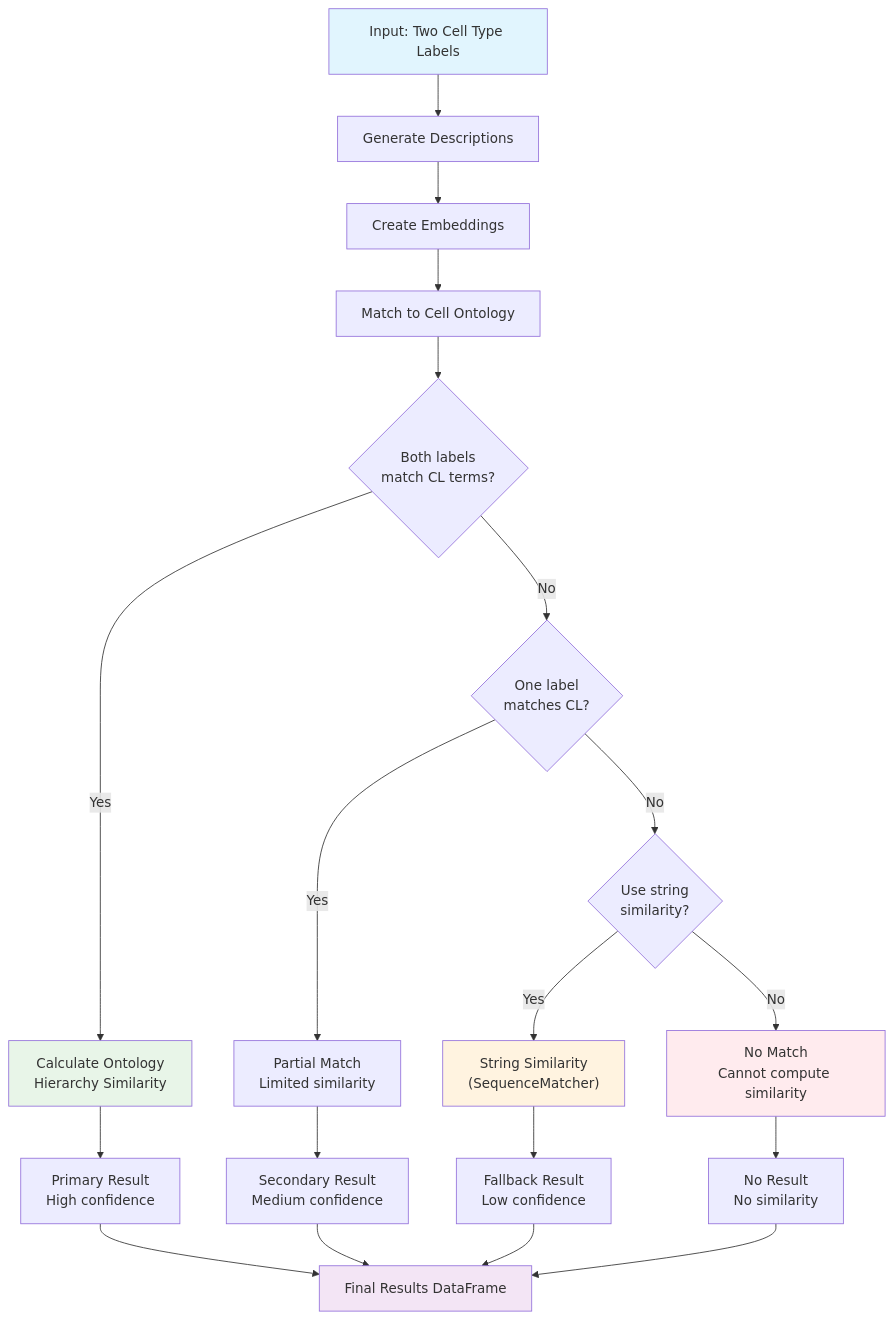
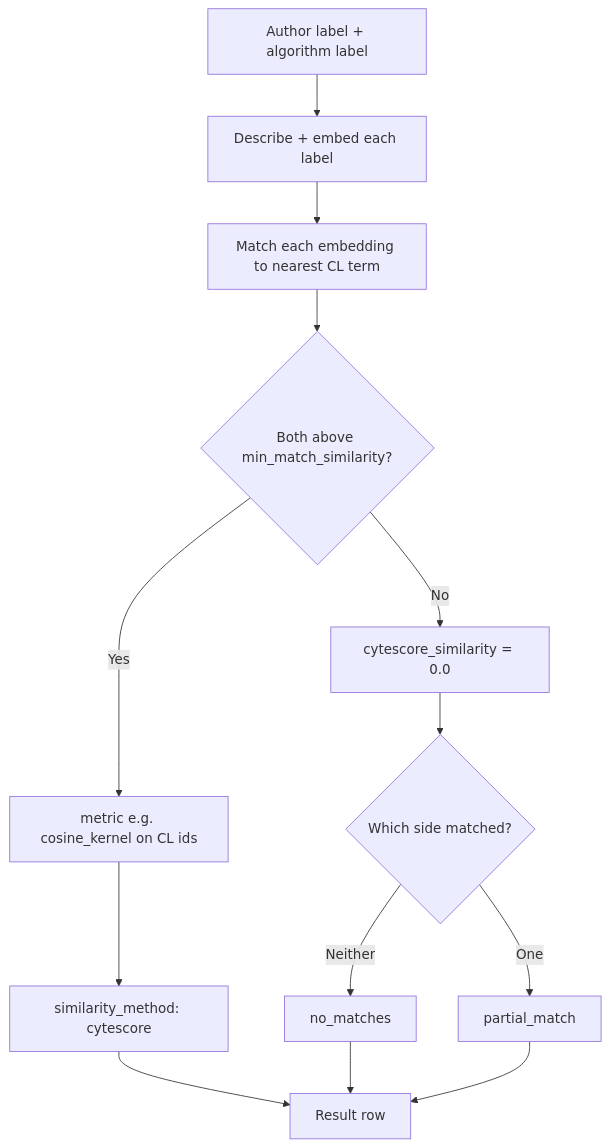
One commit to NygenAnalytics/CyteOnto changed the second of 2 diagrams in docs/WORKFLOW.md. Above: the diagram before and after it, drawn with Mermaid. The commit also changed other lines of this file and 47 other files, not shown here.

First line of the commit message:
Schema V3 (#30)

````diff
--- a/docs/WORKFLOW.md
+++ b/docs/WORKFLOW.md
@@ -96,32 +102,18 @@
 ```mermaid
 flowchart TD
-    A["Input: Two Cell Type Labels"] --> B["Generate Descriptions"]
-    B --> C["Create Embeddings"]  
-    C --> D["Match to Cell Ontology"]
-    
-    D --> E{"Both labels<br/>match CL terms?"}
-    E -->|Yes| F["Calculate Ontology<br/>Hierarchy Similarity"]
-    E -->|No| G{"One label<br/>matches CL?"}
-    
-    G -->|Yes| H["Partial Match<br/>Limited similarity"]
-    G -->|No| I{"Use string<br/>similarity?"}
-    
-    I -->|Yes| J["String Similarity<br/>(SequenceMatcher)"]
-    I -->|No| K["No Match<br/>Cannot compute similarity"]
-    
-    F --> L["Primary Result<br/>High confidence"]
-    H --> M["Secondary Result<br/>Medium confidence"] 
-    J --> N["Fallback Result<br/>Low confidence"]
-    K --> O["No Result<br/>No similarity"]
-    
-    L --> P["Final Results DataFrame"]
-    M --> P
-    N --> P  
-    O --> P
-    
-    style A fill:#e1f5fe
-    style F fill:#e8f5e8
-    style J fill:#fff3e0
-    style K fill:#ffebee
-    style P fill:#f3e5f5
+    A["Author label + algorithm label"] --> B["Describe + embed each label"]
+    B --> C["Match each embedding to nearest CL term"]
+
+    C --> D{"Both above min_match_similarity?"}
+    D -->|Yes| E["metric e.g. cosine_kernel on CL ids"]
+    D -->|No| F["cytescore_similarity = 0.0"]
+
+    E --> G["similarity_method: cytescore"]
+    F --> H{"Which side matched?"}
+    H -->|Neither| I["no_matches"]
+    H -->|One| J["partial_match"]
+
+    G --> K["Result row"]
+    I --> K
+    J --> K
 ```
````
